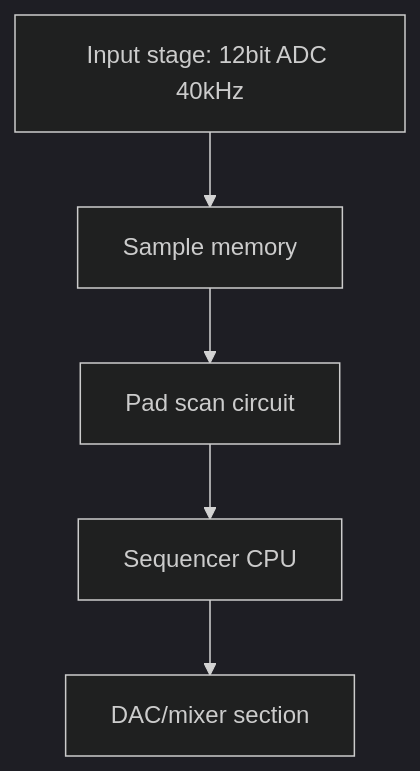
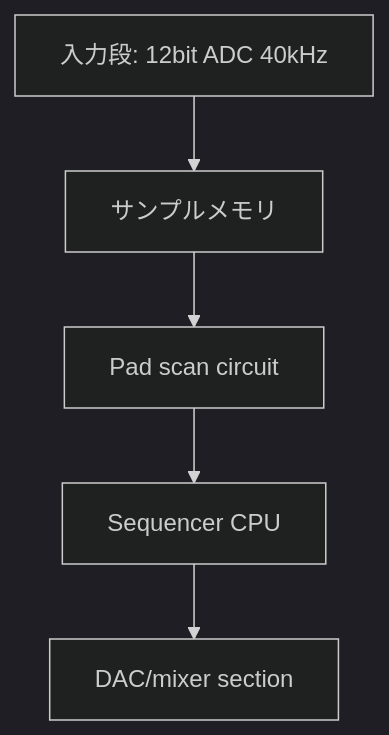
Before and after one commit to monumental-movement/monumental-movement.github.io: the fifth of 21 diagrams in en/_posts/2025-11-20-column-akai-mpc-60-emu-sp1200.md, drawn with Mermaid (dark theme). The commit also changed other lines of this file and 435 other files, not shown here.

```diff
--- a/en/_posts/2025-11-20-column-akai-mpc-60-emu-sp1200.md
+++ b/en/_posts/2025-11-20-column-akai-mpc-60-emu-sp1200.md
@@ -287,9 +287,9 @@
 <div class="mermaid">
     
 flowchart TD
-    A["Input stage: 12bit ADC 40kHz"] --> B["Sample memory"]
+    A["入力段: 12bit ADC 40kHz"] --> B["サンプルメモリ"]
     B --> C["Pad scan circuit"]
     C --> D["Sequencer CPU"]
     D --> E["DAC/mixer section"]
 
 </div> 
```
